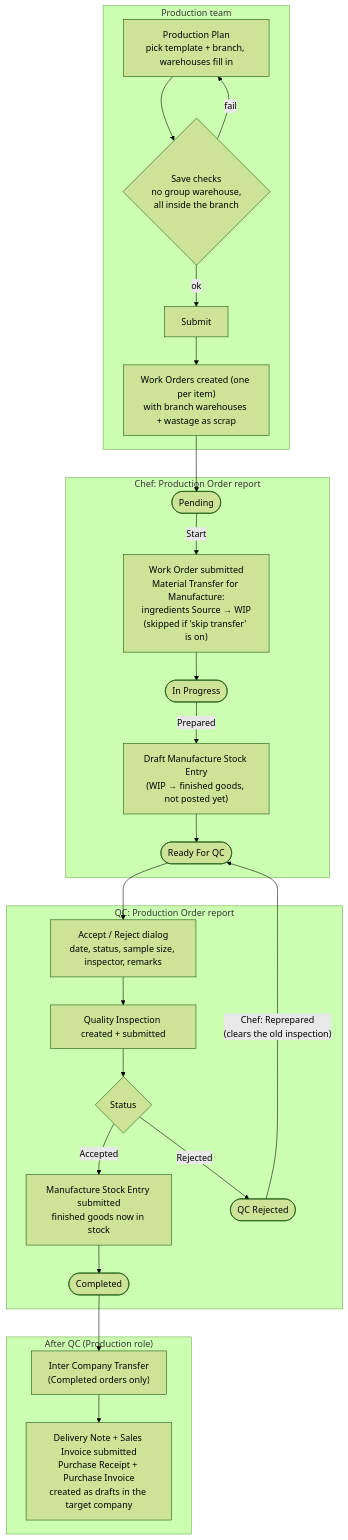
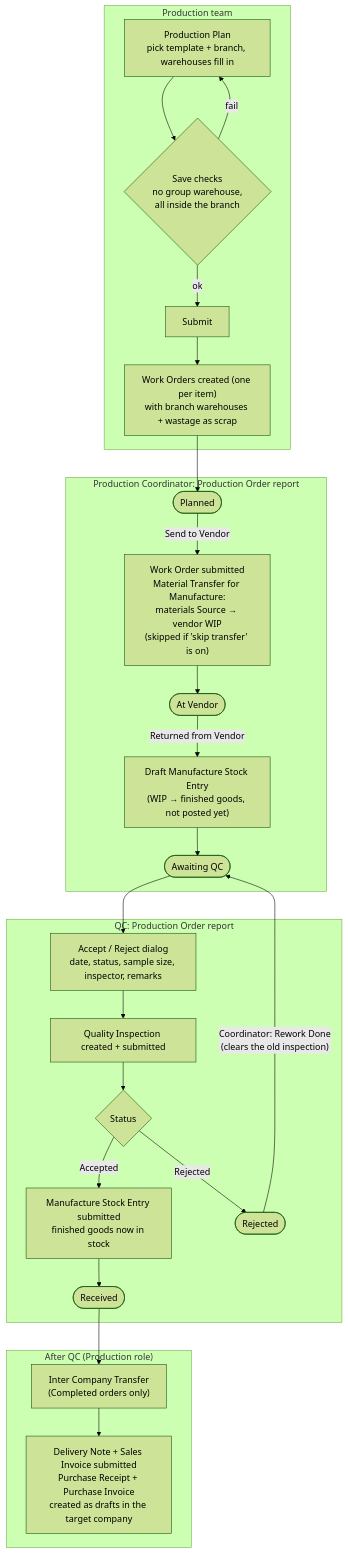
Before and after one commit to Nastyworldwide-Dev/handa-production_planner: the diagram in docs/production_overview.md, drawn with Mermaid (forest theme). The commit also changed other lines of this file and 37 other files, not shown here.

First line of the commit message:
feat: vendor flow for maceration and copack with lead-time tracking

````diff
--- a/docs/production_overview.md
+++ b/docs/production_overview.md
@@ -24,33 +25,33 @@
 ```mermaid
 flowchart TD
   subgraph P["Production team"]
     P1["Production Plan<br/>pick template + branch, warehouses fill in"] --> P2{"Save checks<br/>no group warehouse,<br/>all inside the branch"}
     P2 -- fail --> P1
     P2 -- ok --> P3["Submit"]
     P3 --> P4["Work Orders created (one per item)<br/>with branch warehouses + wastage as scrap"]
   end
 
-  subgraph C["Chef: Production Order report"]
-    C0(["Pending"]) -->|"Start"| C1["Work Order submitted<br/>Material Transfer for Manufacture:<br/>ingredients Source → WIP<br/>(skipped if 'skip transfer' is on)"]
-    C1 --> C2(["In Progress"])
-    C2 -->|"Prepared"| C3["Draft Manufacture Stock Entry<br/>(WIP → finished goods, not posted yet)"]
-    C3 --> C4(["Ready For QC"])
+  subgraph C["Production Coordinator: Production Order report"]
+    C0(["Planned"]) -->|"Send to Vendor"| C1["Work Order submitted<br/>Material Transfer for Manufacture:<br/>materials Source → vendor WIP<br/>(skipped if 'skip transfer' is on)"]
+    C1 --> C2(["At Vendor"])
+    C2 -->|"Returned from Vendor"| C3["Draft Manufacture Stock Entry<br/>(WIP → finished goods, not posted yet)"]
+    C3 --> C4(["Awaiting QC"])
   end
 
   subgraph Q["QC: Production Order report"]
     Q1["Accept / Reject dialog<br/>date, status, sample size, inspector, remarks"] --> Q2["Quality Inspection created + submitted"]
     Q2 --> Q3{"Status"}
     Q3 -- Accepted --> Q4["Manufacture Stock Entry submitted<br/>finished goods now in stock"]
-    Q4 --> Q5(["Completed"])
-    Q3 -- Rejected --> Q6(["QC Rejected"])
+    Q4 --> Q5(["Received"])
+    Q3 -- Rejected --> Q6(["Rejected"])
   end
 
   subgraph T["After QC (Production role)"]
     T1["Inter Company Transfer<br/>(Completed orders only)"] --> T2["Delivery Note + Sales Invoice submitted<br/>Purchase Receipt + Purchase Invoice<br/>created as drafts in the target company"]
   end
 
   P4 --> C0
   C4 --> Q1
-  Q6 -->|"Chef: Reprepared<br/>(clears the old inspection)"| C4
+  Q6 -->|"Coordinator: Rework Done<br/>(clears the old inspection)"| C4
   Q5 --> T1
 ```
````
